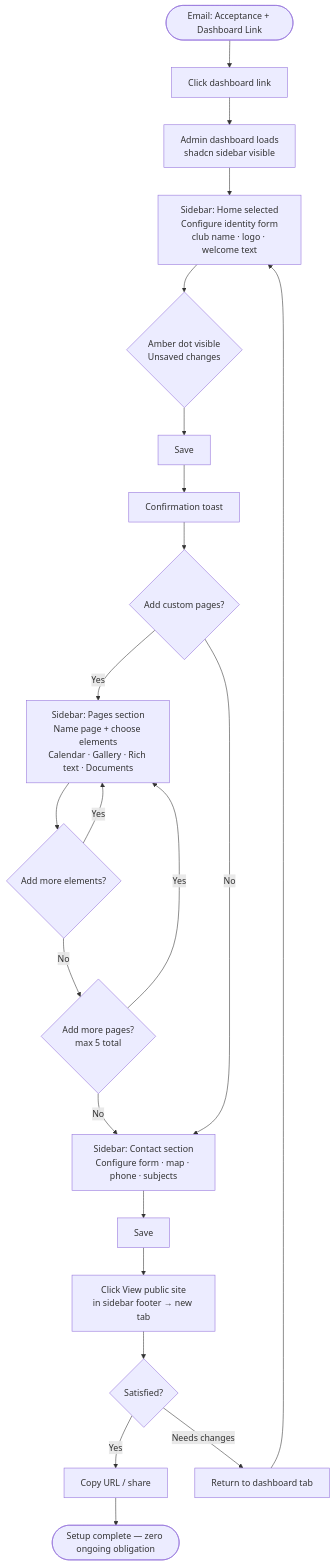
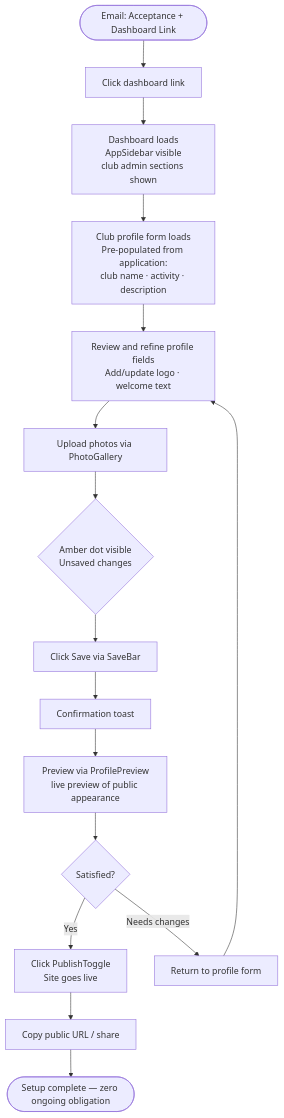
One commit to bastienfaivre/findyour.club changed the first of 5 diagrams in _bmad-output/planning-artifacts/ux-design-specification.md. Above: the diagram before and after it, drawn with Mermaid. The commit also changed other lines of this file and 24 other files, not shown here.

````diff
--- a/_bmad-output/planning-artifacts/ux-design-specification.md
+++ b/_bmad-output/planning-artifacts/ux-design-specification.md
@@ -469,24 +467,18 @@
 ```mermaid
 flowchart TD
     A([Email: Acceptance + Dashboard Link]) --> B[Click dashboard link]
-    B --> C[Admin dashboard loads\nshadcn sidebar visible]
-    C --> D[Sidebar: Home selected\nConfigure identity form\nclub name · logo · welcome text]
-    D --> E{Amber dot visible\nUnsaved changes}
-    E --> F[Save]
-    F --> G[Confirmation toast]
-    G --> H{Add custom pages?}
-    H -->|Yes| I[Sidebar: Pages section\nName page + choose elements\nCalendar · Gallery · Rich text · Documents]
-    I --> J{Add more elements?}
-    J -->|Yes| I
-    J -->|No| K{Add more pages?\nmax 5 total}
-    K -->|Yes| I
-    K -->|No| L[Sidebar: Contact section\nConfigure form · map · phone · subjects]
-    H -->|No| L
-    L --> M[Save]
-    M --> N[Click View public site\nin sidebar footer → new tab]
-    N --> O{Satisfied?}
-    O -->|Yes| P[Copy URL / share]
-    P --> Q([Setup complete — zero ongoing obligation])
-    O -->|Needs changes| R[Return to dashboard tab]
-    R --> D
+    B --> C[Dashboard loads\nAppSidebar visible\nclub admin sections shown]
+    C --> D[Club profile form loads\nPre-populated from application:\nclub name · activity · description]
+    D --> E[Review and refine profile fields\nAdd/update logo · welcome text]
+    E --> F[Upload photos via PhotoGallery]
+    F --> G{Amber dot visible\nUnsaved changes}
+    G --> H[Click Save via SaveBar]
+    H --> I[Confirmation toast]
+    I --> J[Preview via ProfilePreview\nlive preview of public appearance]
+    J --> K{Satisfied?}
+    K -->|Yes| L[Click PublishToggle\nSite goes live]
+    L --> M[Copy public URL / share]
+    M --> N([Setup complete — zero ongoing obligation])
+    K -->|Needs changes| O[Return to profile form]
+    O --> E
 ```
````
